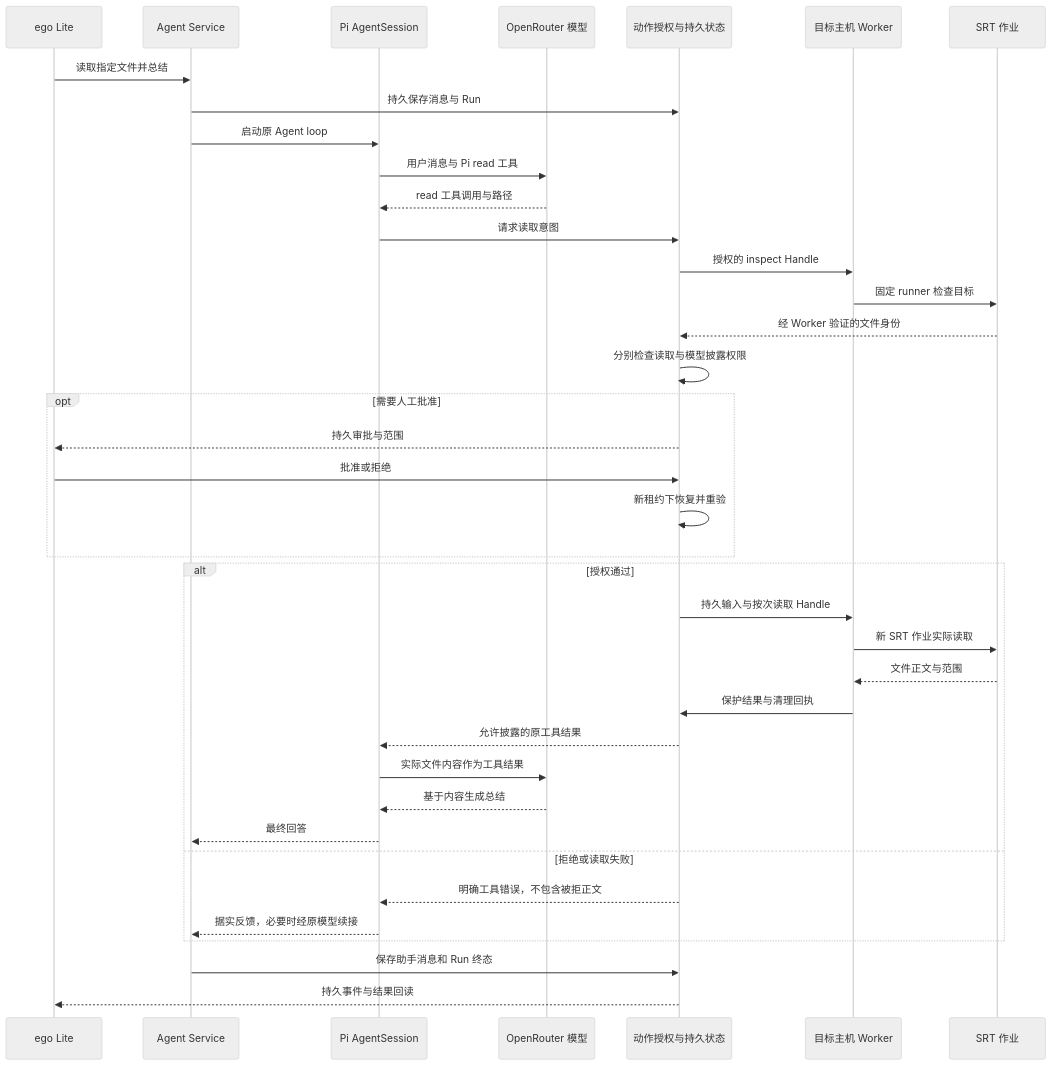
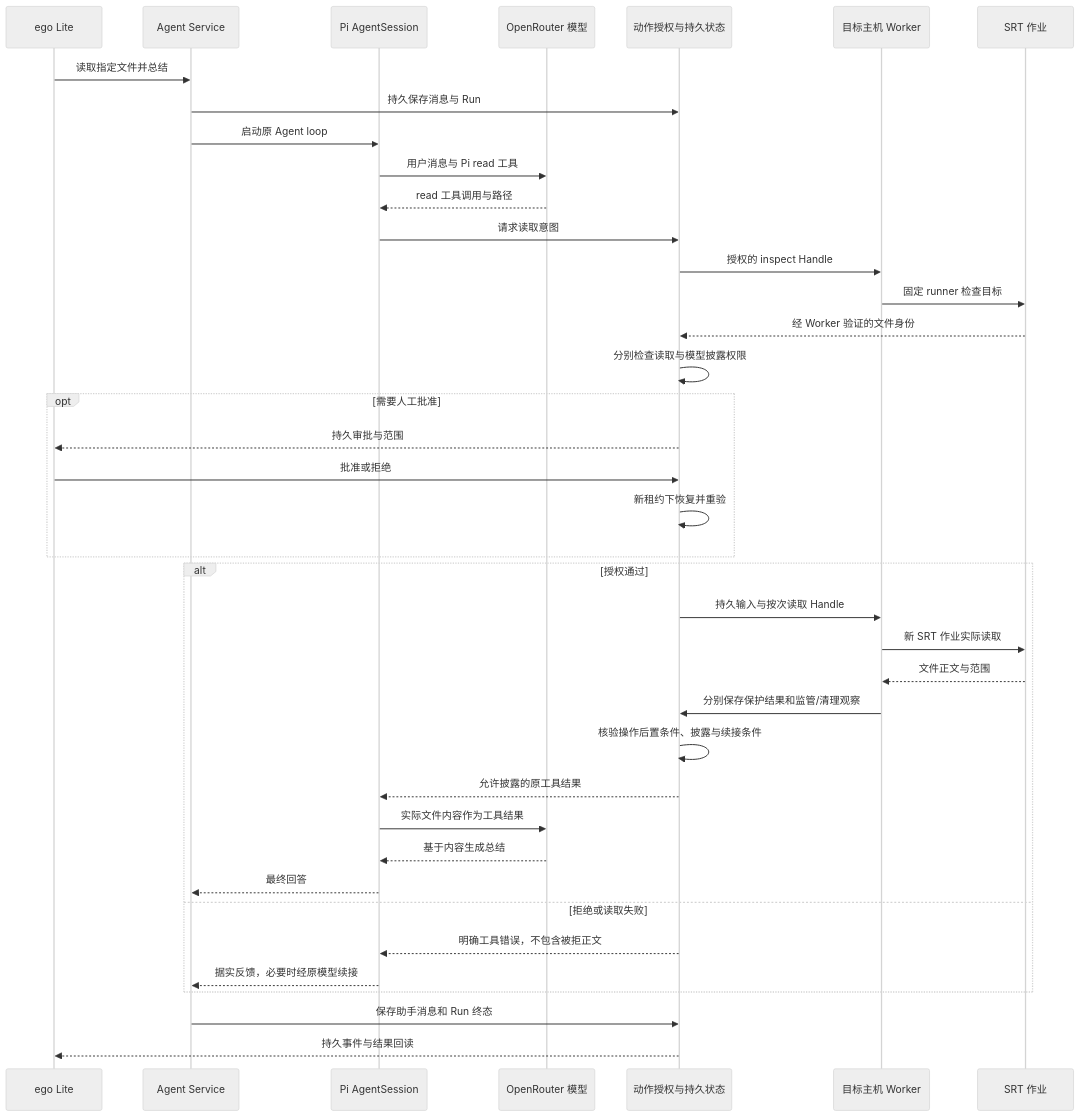
Before and after one commit to sixianli/himawari-agent: the second of 3 diagrams in docs/execution/specs/2026-09-07-srt-unified-execution-design.md, drawn with Mermaid (neutral theme). The commit also changed other lines of this file and 6 other files, not shown here.

````diff
--- a/docs/execution/specs/2026-09-07-srt-unified-execution-design.md
+++ b/docs/execution/specs/2026-09-07-srt-unified-execution-design.md
@@ -104,40 +147,41 @@
 ```mermaid
 sequenceDiagram
     participant B as ego Lite
     participant A as Agent Service
     participant P as Pi AgentSession
     participant M as OpenRouter 模型
     participant G as 动作授权与持久状态
     participant W as 目标主机 Worker
     participant S as SRT 作业
     B->>A: 读取指定文件并总结
     A->>G: 持久保存消息与 Run
     A->>P: 启动原 Agent loop
     P->>M: 用户消息与 Pi read 工具
     M-->>P: read 工具调用与路径
     P->>G: 请求读取意图
     G->>W: 授权的 inspect Handle
     W->>S: 固定 runner 检查目标
     S-->>G: 经 Worker 验证的文件身份
     G->>G: 分别检查读取与模型披露权限
     opt 需要人工批准
         G-->>B: 持久审批与范围
         B->>G: 批准或拒绝
         G->>G: 新租约下恢复并重验
     end
     alt 授权通过
         G->>W: 持久输入与按次读取 Handle
         W->>S: 新 SRT 作业实际读取
         S-->>W: 文件正文与范围
-        W->>G: 保护结果与清理回执
+        W->>G: 分别保存保护结果和监管/清理观察
+        G->>G: 核验操作后置条件、披露与续接条件
         G-->>P: 允许披露的原工具结果
         P->>M: 实际文件内容作为工具结果
         M-->>P: 基于内容生成总结
         P-->>A: 最终回答
     else 拒绝或读取失败
         G-->>P: 明确工具错误，不包含被拒正文
         P-->>A: 据实反馈，必要时经原模型续接
     end
     A->>G: 保存助手消息和 Run 终态
     G-->>B: 持久事件与结果回读
 ```
````
